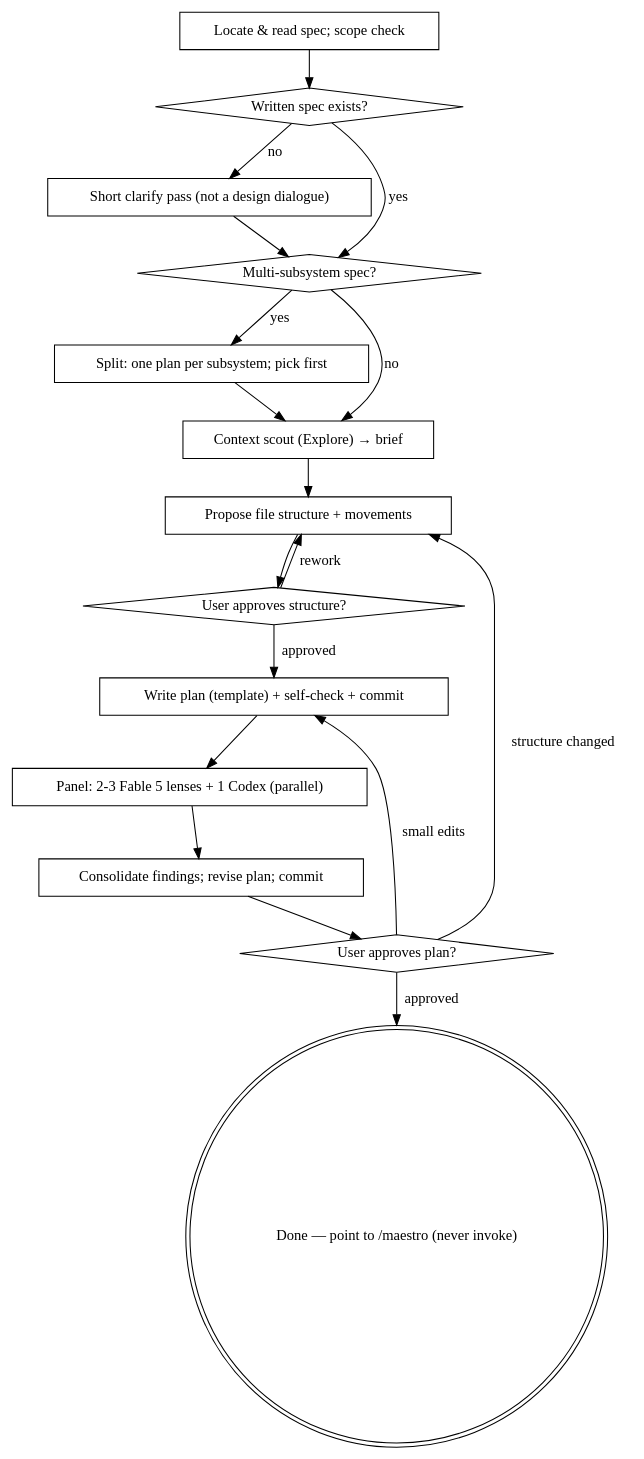
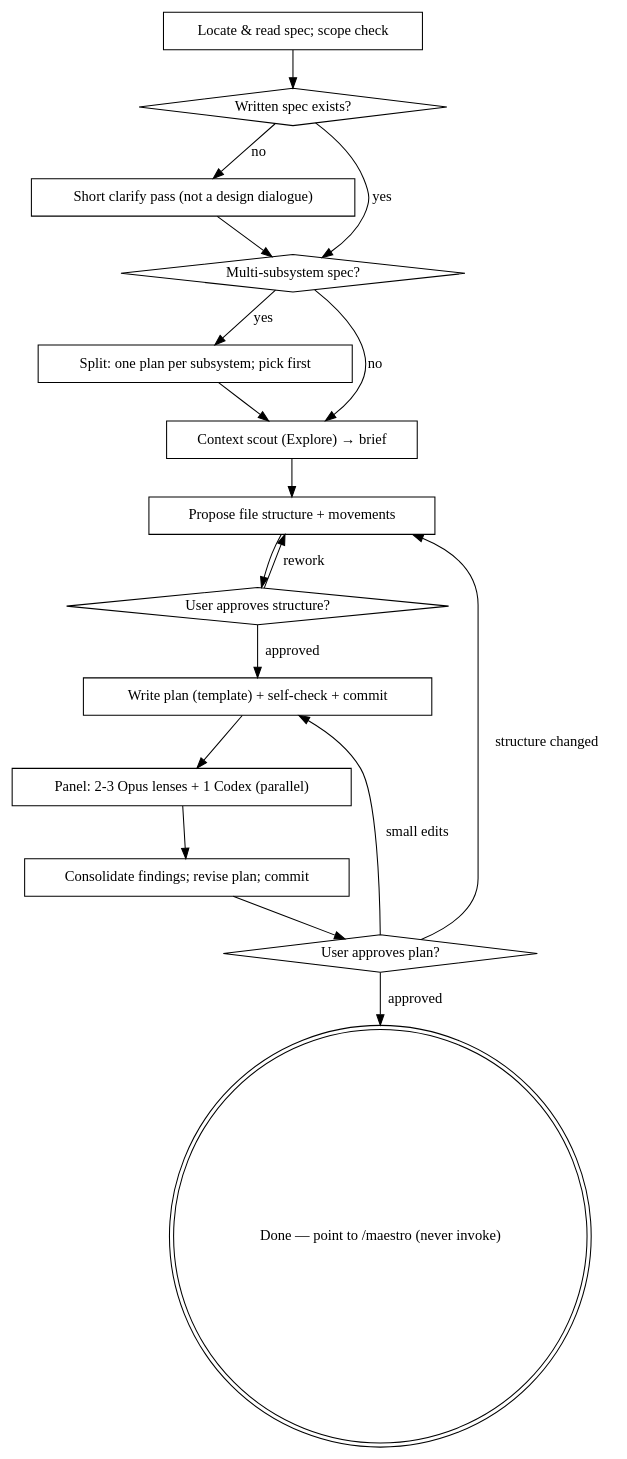
Before and after one commit to PythonShe/Repertoire: the diagram in skills/score/SKILL.md, drawn with Graphviz. The commit also changed other lines of this file and 38 other files, not shown here.

First line of the commit message:
feat: retune every subagent seat to Opus at xhigh — Fable 5 suspended by export order

````diff
--- a/skills/score/SKILL.md
+++ b/skills/score/SKILL.md
@@ -70,36 +70,36 @@
 ```dot
 digraph score {
     rankdir=TB;
     "Locate & read spec; scope check" [shape=box];
     "Written spec exists?" [shape=diamond];
     "Short clarify pass (not a design dialogue)" [shape=box];
     "Multi-subsystem spec?" [shape=diamond];
     "Split: one plan per subsystem; pick first" [shape=box];
     "Context scout (Explore) → brief" [shape=box];
     "Propose file structure + movements" [shape=box];
     "User approves structure?" [shape=diamond];
     "Write plan (template) + self-check + commit" [shape=box];
-    "Panel: 2-3 Fable 5 lenses + 1 Codex (parallel)" [shape=box];
+    "Panel: 2-3 Opus lenses + 1 Codex (parallel)" [shape=box];
     "Consolidate findings; revise plan; commit" [shape=box];
     "User approves plan?" [shape=diamond];
     "Done — point to /maestro (never invoke)" [shape=doublecircle];
 
     "Locate & read spec; scope check" -> "Written spec exists?";
     "Written spec exists?" -> "Short clarify pass (not a design dialogue)" [label="no"];
     "Written spec exists?" -> "Multi-subsystem spec?" [label="yes"];
     "Short clarify pass (not a design dialogue)" -> "Multi-subsystem spec?";
     "Multi-subsystem spec?" -> "Split: one plan per subsystem; pick first" [label="yes"];
     "Multi-subsystem spec?" -> "Context scout (Explore) → brief" [label="no"];
     "Split: one plan per subsystem; pick first" -> "Context scout (Explore) → brief";
     "Context scout (Explore) → brief" -> "Propose file structure + movements";
     "Propose file structure + movements" -> "User approves structure?";
     "User approves structure?" -> "Propose file structure + movements" [label="rework"];
     "User approves structure?" -> "Write plan (template) + self-check + commit" [label="approved"];
-    "Write plan (template) + self-check + commit" -> "Panel: 2-3 Fable 5 lenses + 1 Codex (parallel)";
-    "Panel: 2-3 Fable 5 lenses + 1 Codex (parallel)" -> "Consolidate findings; revise plan; commit";
+    "Write plan (template) + self-check + commit" -> "Panel: 2-3 Opus lenses + 1 Codex (parallel)";
+    "Panel: 2-3 Opus lenses + 1 Codex (parallel)" -> "Consolidate findings; revise plan; commit";
     "Consolidate findings; revise plan; commit" -> "User approves plan?";
     "User approves plan?" -> "Propose file structure + movements" [label="structure changed"];
     "User approves plan?" -> "Write plan (template) + self-check + commit" [label="small edits"];
     "User approves plan?" -> "Done — point to /maestro (never invoke)" [label="approved"];
 }
 ```
````
